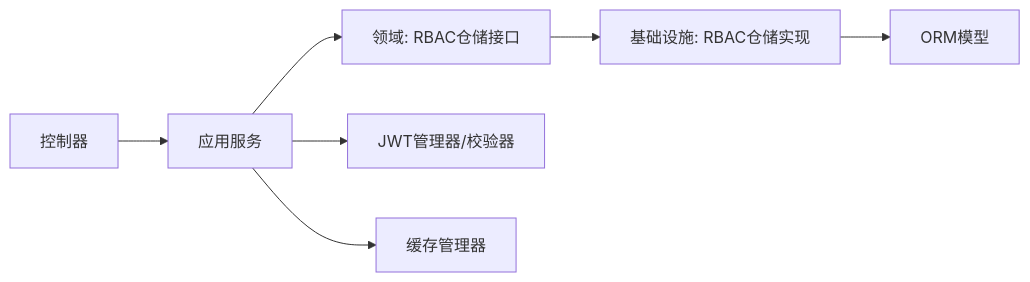
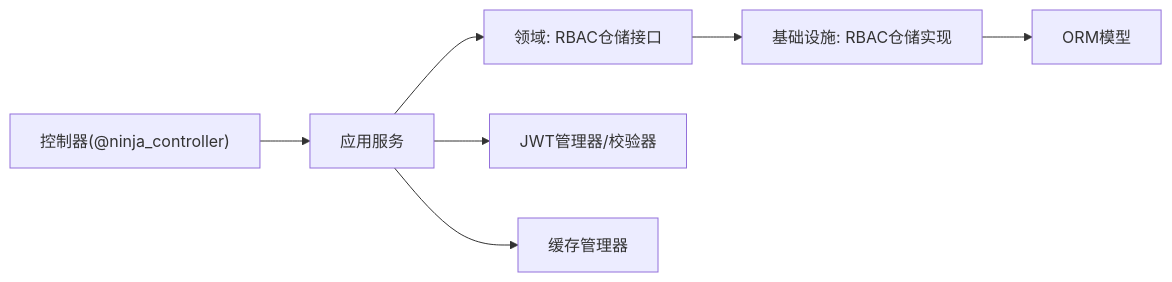
The third of 3 diagrams in .qoder/repowiki/zh/content/架构设计/架构设计.md (taoweidong/Hello-Django-Ninja-Api), drawn with Mermaid before and after one commit. The commit also changed other lines of this file and 7 other files, not shown here.

````diff
--- a/.qoder/repowiki/zh/content/架构设计/架构设计.md
+++ b/.qoder/repowiki/zh/content/架构设计/架构设计.md
@@ -207,9 +268,9 @@
 ```mermaid
 graph LR
-Ctrl["控制器"] --> Svc["应用服务"]
+Ctrl["控制器(@ninja_controller)"] --> Svc["应用服务"]
 Svc --> IF_RBAC["领域: RBAC仓储接口"]
 IF_RBAC --> IMPL_RBAC["基础设施: RBAC仓储实现"]
 IMPL_RBAC --> MODELS["ORM模型"]
 Svc --> JWT["JWT管理器/校验器"]
 Svc --> CACHE["缓存管理器"]
 ```
````
